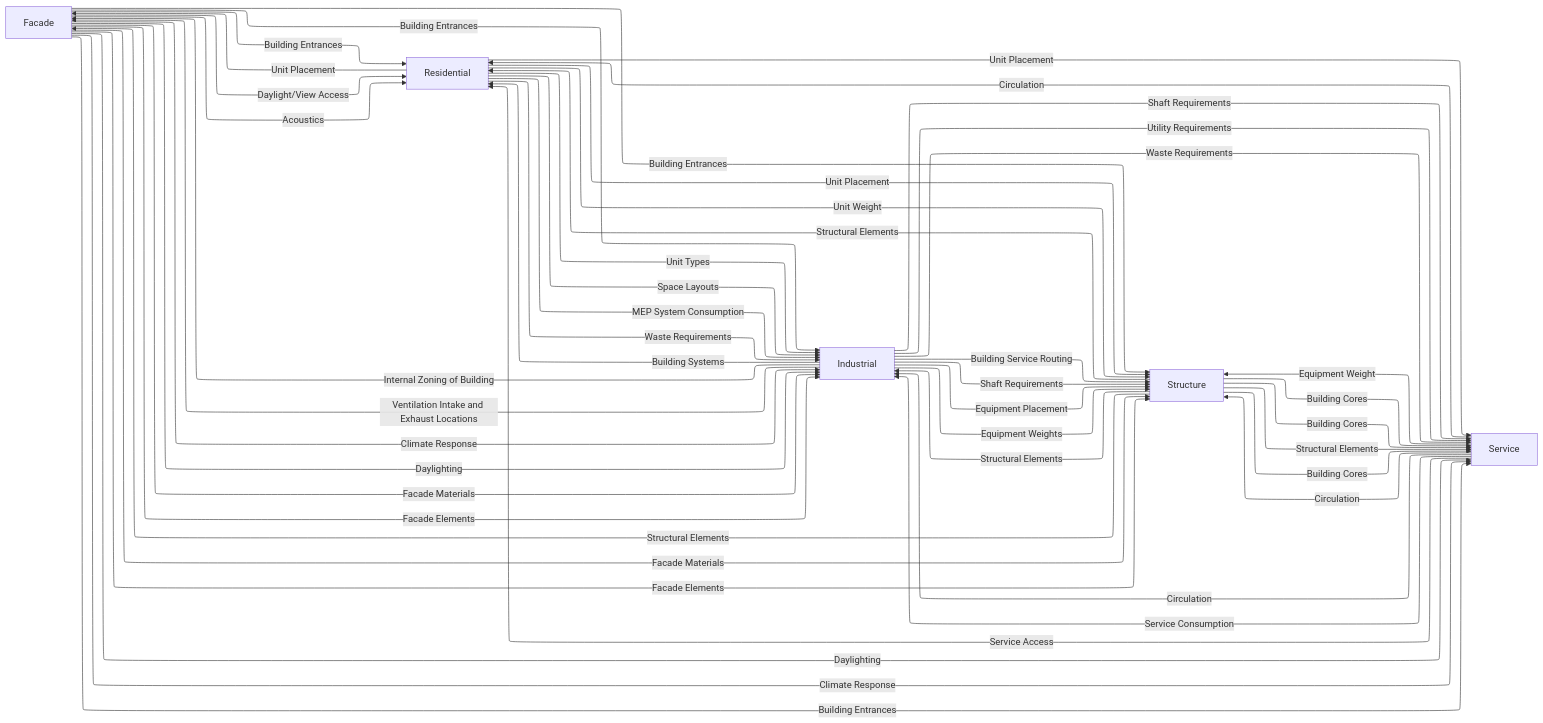
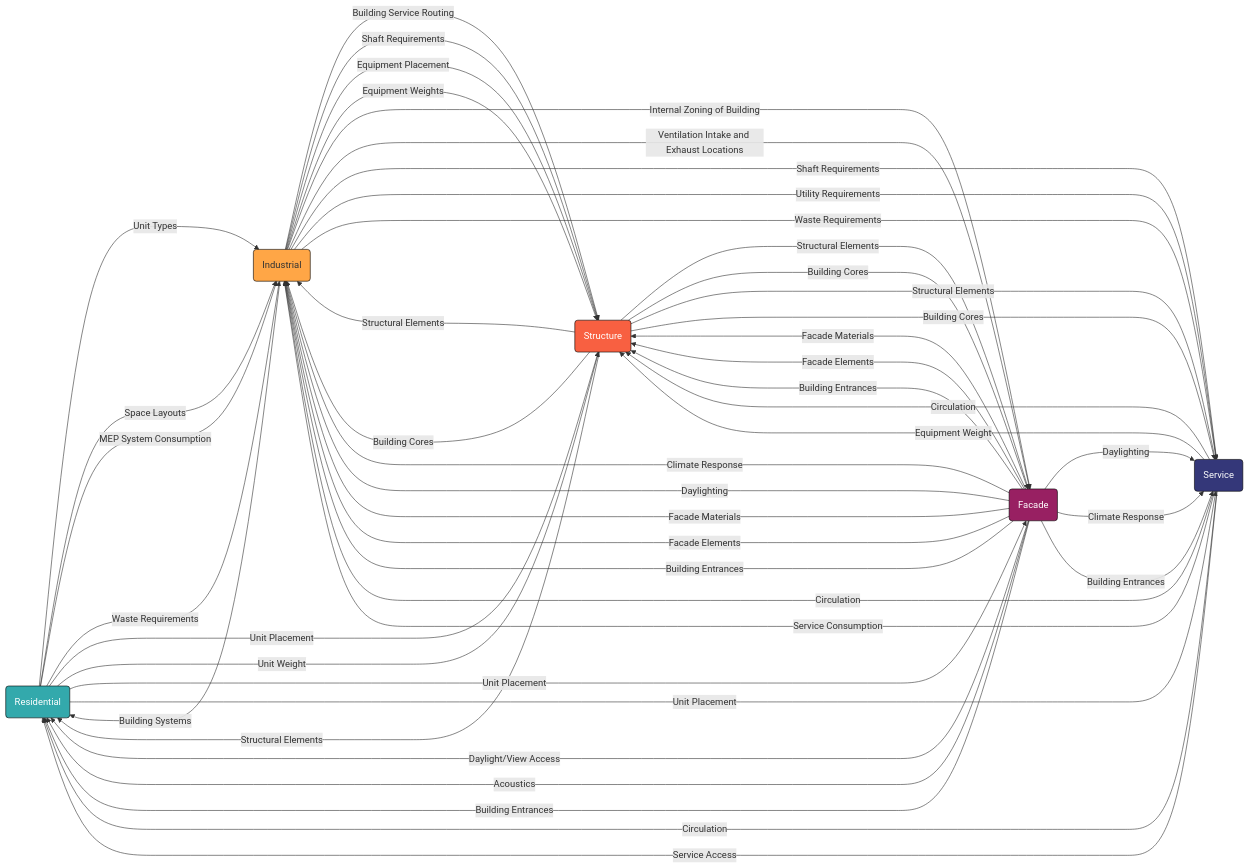
The diagram in Notes/scl_notes.md (sclebow-iaac/bimsc25_studio-a_team-7), drawn with Mermaid before and after one commit. The commit also changed 58 other files, not shown here.

Commit message:
Remove outdated mermaid diagrams for team charts and add new diagrams for improved clarity and visualization

````diff
--- a/Notes/scl_notes.md
+++ b/Notes/scl_notes.md
@@ -123,74 +123,74 @@
 ```mermaid
----
- config:
-   layout: elk
-   elk:
----
+    graph LR
 
-graph LR
+    Residential(Residential) -- Unit Types ---> Industrial(Industrial)
+    Residential(Residential) -- Space Layouts ---> Industrial(Industrial)
+    Residential(Residential) -- MEP System Consumption ---> Industrial(Industrial)
+    Residential(Residential) -- Waste Requirements ---> Industrial(Industrial)
 
-    Residential -- Unit Types --> Industrial
-    Residential -- Space Layouts --> Industrial
-    Residential -- MEP System Consumption --> Industrial
-    Residential -- Waste Requirements --> Industrial
+    Residential(Residential) -- Unit Placement ---> Structure(Structure)
+    Residential(Residential) -- Unit Weight ---> Structure(Structure)
 
-    Residential -- Unit Placement --> Structure
-    Residential -- Unit Weight --> Structure
+    Residential(Residential) -- Unit Placement ---> Facade(Facade)
 
-    Residential -- Unit Placement --> Facade
+    Residential(Residential) -- Unit Placement ---> Service(Service)
 
-    Residential -- Unit Placement --> Service
+    Industrial(Industrial) -- Building Systems ---> Residential(Residential)
 
-    Industrial -- Building Systems --> Residential
+    Industrial(Industrial) -- Building Service Routing ---> Structure(Structure)
+    Industrial(Industrial) -- Shaft Requirements ---> Structure(Structure)
+    Industrial(Industrial) -- Equipment Placement ---> Structure(Structure)
+    Industrial(Industrial) -- Equipment Weights ---> Structure(Structure)
 
-    Industrial -- Building Service Routing --> Structure
-    Industrial -- Shaft Requirements --> Structure
-    Industrial -- Equipment Placement --> Structure
-    Industrial -- Equipment Weights --> Structure
+    Industrial(Industrial) -- Internal Zoning of Building ---> Facade(Facade)
+    Industrial(Industrial) -- Ventilation Intake and Exhaust Locations ---> Facade(Facade)
 
-    Industrial -- Internal Zoning of Building --> Facade
-    Industrial -- Ventilation Intake and Exhaust Locations --> Facade
+    Industrial(Industrial) -- Shaft Requirements ---> Service(Service)
+    Industrial(Industrial) -- Utility Requirements ---> Service(Service)
+    Industrial(Industrial) -- Waste Requirements ---> Service(Service)
 
-    Industrial -- Shaft Requirements --> Service
-    Industrial -- Utility Requirements --> Service
-    Industrial -- Waste Requirements --> Service
+    Structure(Structure) -- Structural Elements ---> Residential(Residential)
 
-    Structure -- Structural Elements --> Residential
+    Structure(Structure) -- Structural Elements ---> Industrial(Industrial)
+    Structure(Structure) -- Building Cores ---> Industrial(Industrial)
 
-    Structure -- Structural Elements --> Industrial
-    Structure -- Building Cores --> Service
+    Structure(Structure) -- Structural Elements ----> Facade(Facade)
+    Structure(Structure) -- Building Cores ----> Facade(Facade)
 
-    Structure -- Structural Elements --> Facade
-    Structure -- Building Cores --> Service
+    Structure(Structure) -- Structural Elements ---> Service(Service)
+    Structure(Structure) -- Building Cores ---> Service(Service)
 
-    Structure -- Structural Elements --> Service
-    Structure -- Building Cores --> Service
+    Facade(Facade) -- Daylight/View Access ---> Residential(Residential)
+    Facade(Facade) -- Acoustics ---> Residential(Residential)
+    Facade(Facade) -- Building Entrances ---> Residential(Residential)
 
-    Facade -- Daylight/View Access --> Residential
-    Facade -- Acoustics --> Residential
-    Facade -- Building Entrances --> Residential
+    Facade(Facade) -- Climate Response ---> Industrial(Industrial)
+    Facade(Facade) -- Daylighting ---> Industrial(Industrial)
+    Facade(Facade) -- Facade Materials ---> Industrial(Industrial)
+    Facade(Facade) -- Facade Elements ---> Industrial(Industrial)
+    Facade(Facade) -- Building Entrances ---> Industrial(Industrial)
 
-    Facade -- Climate Response --> Industrial
-    Facade -- Daylighting --> Industrial
-    Facade -- Facade Materials --> Industrial
-    Facade -- Facade Elements --> Industrial
-    Facade -- Building Entrances --> Industrial
+    Facade(Facade) -- Facade Materials ---> Structure(Structure)
+    Facade(Facade) -- Facade Elements ---> Structure(Structure)
+    Facade(Facade) -- Building Entrances ---> Structure(Structure)
 
-    Facade -- Facade Materials --> Structure
-    Facade -- Facade Elements --> Structure
-    Facade -- Building Entrances --> Structure
+    Facade(Facade) -- Daylighting ---> Service(Service)
+    Facade(Facade) -- Climate Response ---> Service(Service)
+    Facade(Facade) -- Building Entrances ---> Service(Service)
 
-    Facade -- Daylighting --> Service
-    Facade -- Climate Response --> Service
-    Facade -- Building Entrances --> Service
+    Service(Service) -- Circulation ---> Residential(Residential)
+    Service(Service) -- Service Access ---> Residential(Residential)
 
-    Service -- Circulation --> Residential
-    Service -- Service Access --> Residential
+    Service(Service) -- Circulation ---> Industrial(Industrial)
+    Service(Service) -- Service Consumption ---> Industrial(Industrial)
 
-    Service -- Circulation --> Industrial
-    Service -- Service Consumption --> Industrial
-
-    Service -- Circulation --> Structure
-    Service -- Equipment Weight --> Structure
+    Service(Service) -- Circulation ---> Structure(Structure)
+    Service(Service) -- Equipment Weight ---> Structure(Structure)
+    
+    style Residential fill:#33a9ac, stroke:black, color:#fff
+    style Industrial fill:#ffa646, stroke:black
+    style Structure fill:#f86041, stroke:black, color:#fff
+    style Facade fill:#982062, stroke:black, color:#fff
+    style Service fill:#343779, stroke:black, color:#fff
     
 ```
````
